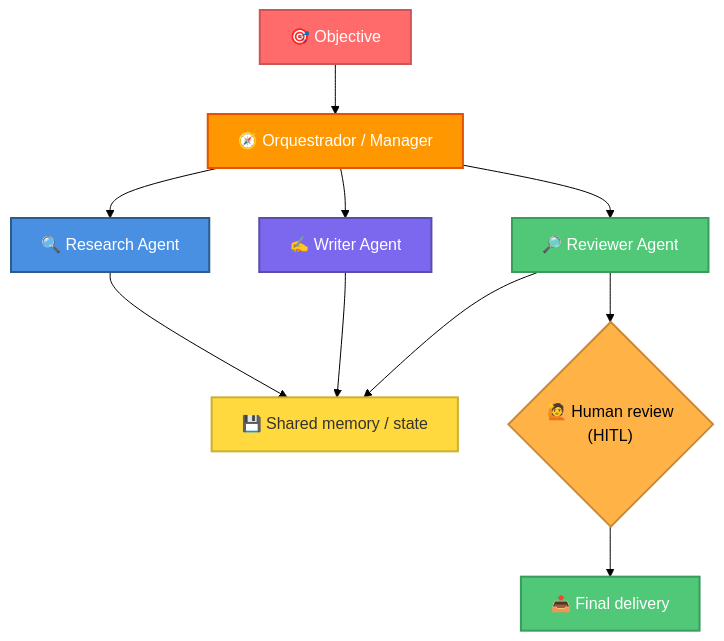
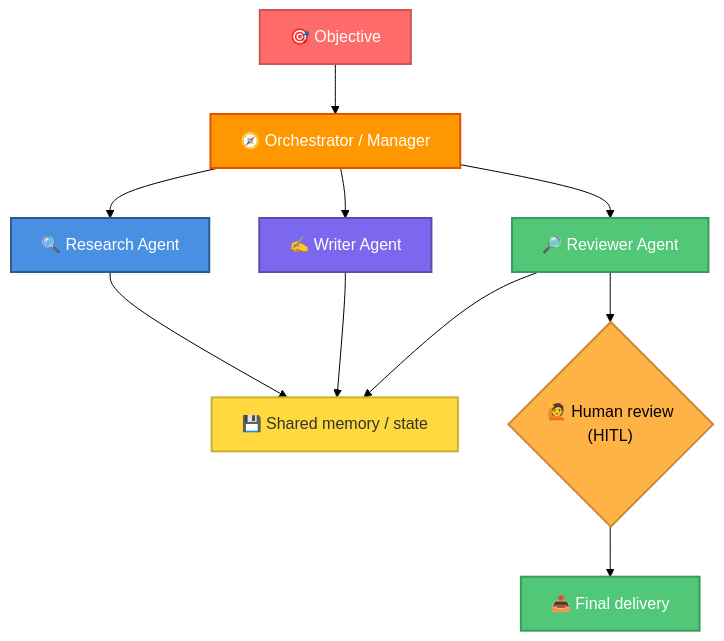
The fifth of 6 diagrams in references/01-llm-rag-ai-agent-fundamentals.md (fabioharams/hubsp-ai-skill), drawn with Mermaid (forest theme) before and after one commit. The commit also changed other lines of this file and 5 other files, not shown here.

````diff
--- a/references/01-llm-rag-ai-agent-fundamentals.md
+++ b/references/01-llm-rag-ai-agent-fundamentals.md
@@ -115,21 +115,21 @@
 ```mermaid
 flowchart TB
-    G["🎯 Objective"] --> O["🧭 Orquestrador / Manager"]
+    G["🎯 Objective"] --> O["🧭 Orchestrator / Manager"]
     O --> A1["🔍 Research Agent"]
     O --> A2["✍️ Writer Agent"]
     O --> A3["🔎 Reviewer Agent"]
     A1 --> MEM["💾 Shared memory / state"]
     A2 --> MEM
     A3 --> MEM
     A3 --> HITL{"🙋 Human review<br/>(HITL)"}
     HITL --> ENTREGA["📤 Final delivery"]
 
     style G fill:#FF6B6B,stroke:#CC5555,color:#fff,stroke-width:2px
     style O fill:#FF9800,stroke:#E65100,color:#fff,stroke-width:2px
     style A1 fill:#4A90E2,stroke:#2E5C8A,color:#fff,stroke-width:2px
     style A2 fill:#7B68EE,stroke:#5A4DB0,color:#fff,stroke-width:2px
     style A3 fill:#50C878,stroke:#3A9B5C,color:#fff,stroke-width:2px
     style MEM fill:#FFD93D,stroke:#CCB030,color:#333,stroke-width:2px
     style HITL fill:#FFB347,stroke:#CC8835,color:#000,stroke-width:2px
     style ENTREGA fill:#50C878,stroke:#3A9B5C,color:#fff,stroke-width:2px
 ```
````
